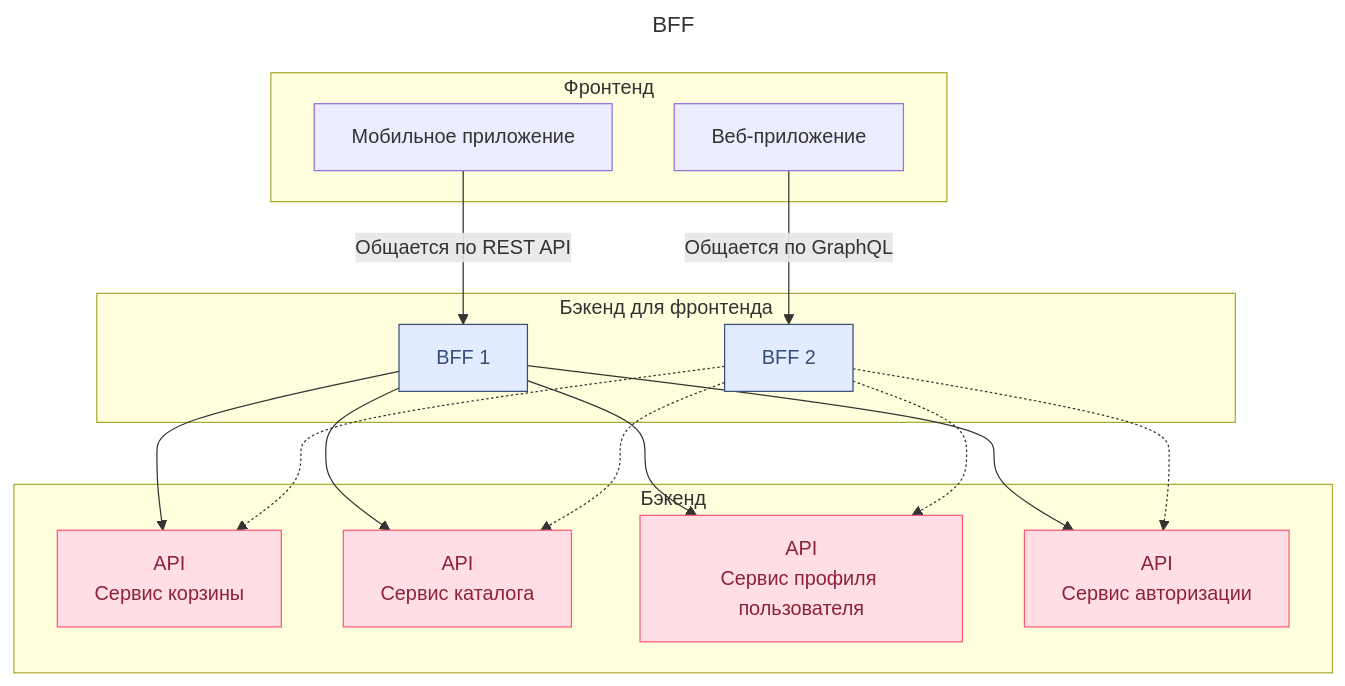
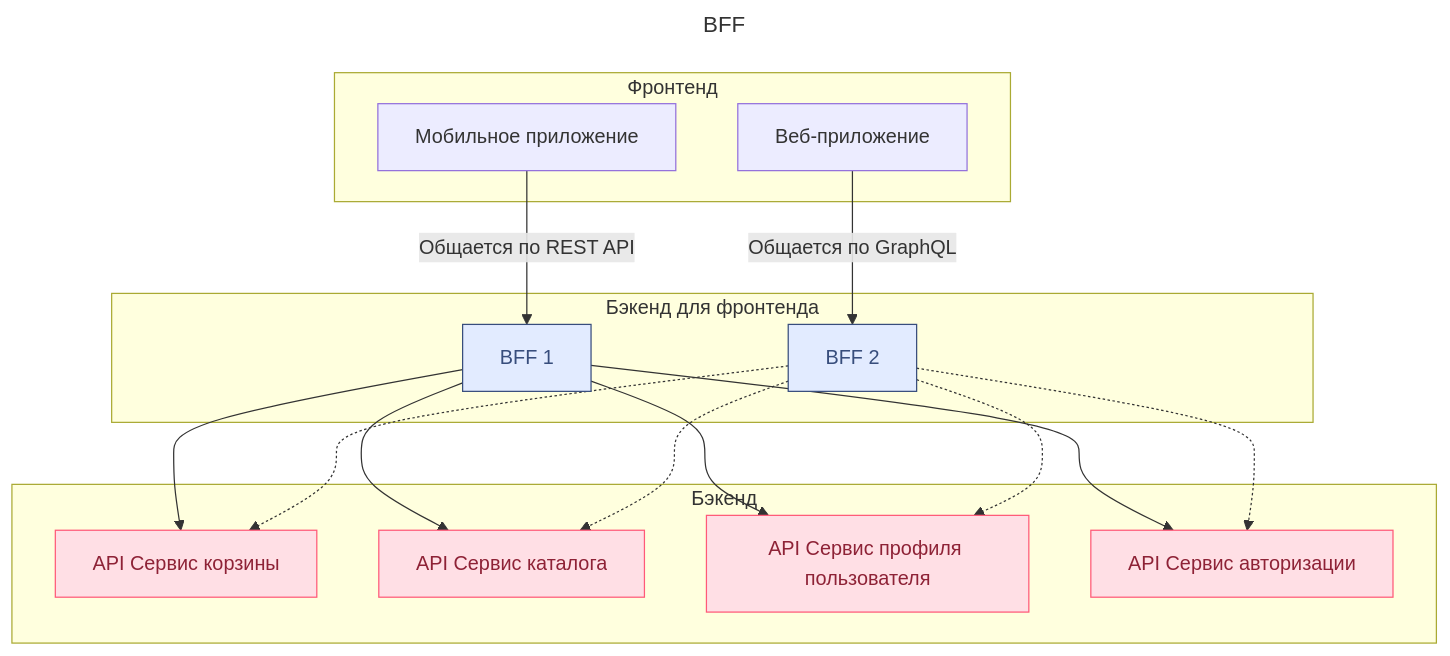
Before and after one commit to mrtxee/enterprise-developer-almanac: the diagram in software-engineer/pattern/enterprise-patterns/Backend for Frontend.md, drawn with Mermaid. The commit also changed other lines of this file and 40 other files, not shown here.

````diff
--- a/software-engineer/pattern/enterprise-patterns/Backend for Frontend.md
+++ b/software-engineer/pattern/enterprise-patterns/Backend for Frontend.md
@@ -7,34 +17,34 @@
 ```mermaid
 ---
 title: BFF
 ---
 flowchart TB
- subgraph s1["Фронтенд"]
-        A["Мобильное приложение"]
-        C["Веб-приложение"]
+  subgraph s1["Фронтенд"]
+    A["Мобильное приложение"]
+    C["Веб-приложение"]
   end
- subgraph subGraph1["Бэкенд для фронтенда"]
-        E["BFF 1"]
-        F["BFF 2"]
+  subgraph subGraph1["Бэкенд для фронтенда"]
+    E["BFF 1"]
+    F["BFF 2"]
   end
- subgraph s2["Бэкенд"]
-        G["API<br>Сервис корзины"]
-        H["API<br>Сервис каталога"]
-        I["API<br>Сервис профиля пользователя"]
-        J["API<br>Сервис авторизации"]
+  subgraph s2["Бэкенд"]
+    G["API Сервис корзины"]
+    H["API Сервис каталога"]
+    I["API Сервис профиля пользователя"]
+    J["API Сервис авторизации"]
   end
-    A -- "<span style=padding-left:>Общается по REST API</span>" --> E
-    C -- "<span style=padding-left:>Общается по GraphQL</span>" --> F
-    E --> G & H & I & J
-    F -.-> G & H & I & J
+  A -- "<span style=padding-left:>Общается по REST API</span>" --> E
+  C -- "<span style=padding-left:>Общается по GraphQL</span>" --> F
+  E --> G & H & I & J
+  F -.-> G & H & I & J
 
-     E:::Sky
-     F:::Sky
-     G:::Rose
-     H:::Rose
-     I:::Rose
-     J:::Rose
-    classDef Rose stroke-width:1px, stroke-dasharray:none, stroke:#FF5978, fill:#FFDFE5, color:#8E2236
-    classDef Sky stroke-width:1px, stroke-dasharray:none, stroke:#374D7C, fill:#E2EBFF, color:#374D7C
-    classDef Ash stroke-width:1px, stroke-dasharray:none, stroke:#999999, fill:#EEEEEE, color:#000000
+  E:::Sky
+  F:::Sky
+  G:::Rose
+  H:::Rose
+  I:::Rose
+  J:::Rose
+  classDef Rose stroke-width:1px, stroke-dasharray:none, stroke:#FF5978, fill:#FFDFE5, color:#8E2236
+  classDef Sky stroke-width:1px, stroke-dasharray:none, stroke:#374D7C, fill:#E2EBFF, color:#374D7C
+  classDef Ash stroke-width:1px, stroke-dasharray:none, stroke:#999999, fill:#EEEEEE, color:#000000
 ```
````
